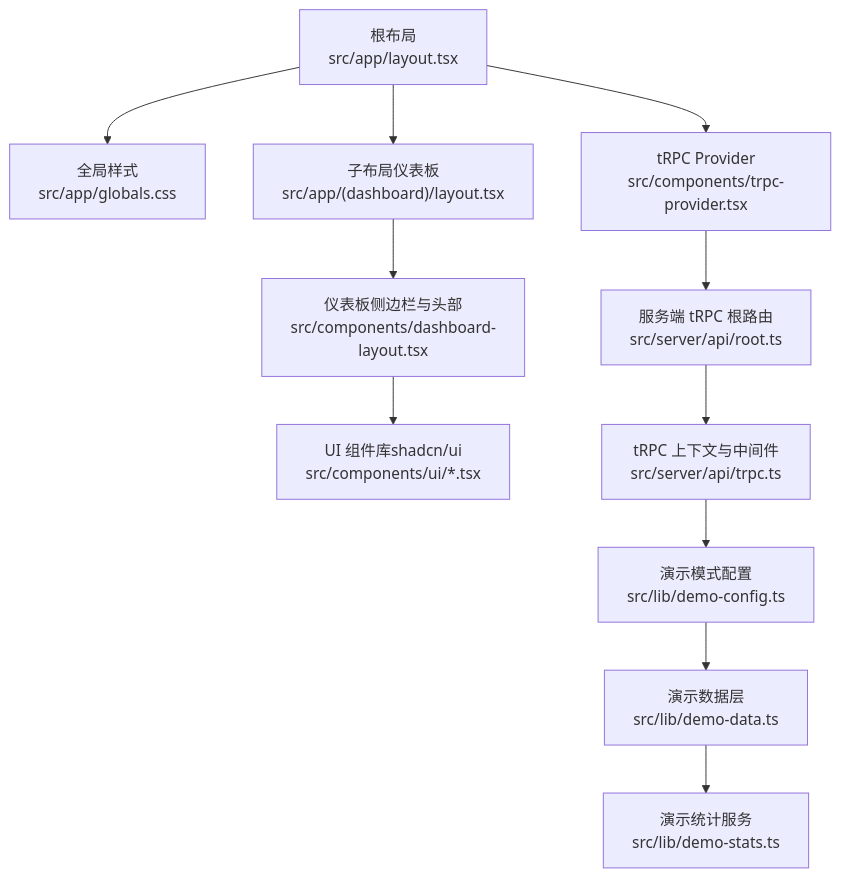
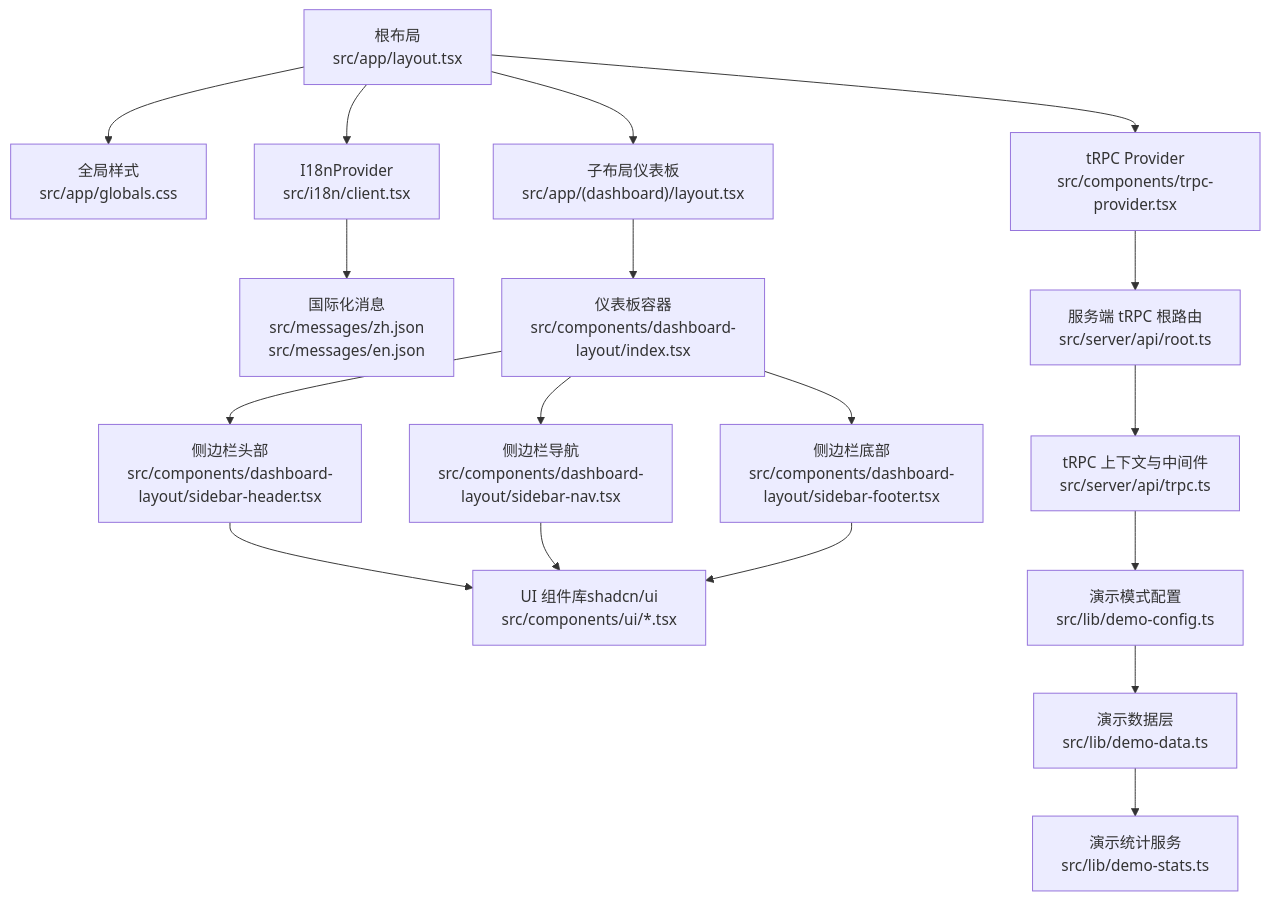
Before and after one commit to RadiumAg/AIGate: the first of 12 diagrams in .qoder/repowiki/zh/content/架构设计/前端架构.md, drawn with Mermaid. The commit also changed other lines of this file and 10 other files, not shown here.

````diff
--- a/.qoder/repowiki/zh/content/架构设计/前端架构.md
+++ b/.qoder/repowiki/zh/content/架构设计/前端架构.md
@@ -62,13 +71,20 @@
 ```mermaid
 graph TB
 A["根布局<br/>src/app/layout.tsx"] --> B["全局样式<br/>src/app/globals.css"]
-A --> C["tRPC Provider<br/>src/components/trpc-provider.tsx"]
-A --> D["子布局仪表板<br/>src/app/(dashboard)/layout.tsx"]
-D --> E["仪表板侧边栏与头部<br/>src/components/dashboard-layout.tsx"]
-E --> F["UI 组件库shadcn/ui<br/>src/components/ui/*.tsx"]
-C --> G["服务端 tRPC 根路由<br/>src/server/api/root.ts"]
-G --> H["tRPC 上下文与中间件<br/>src/server/api/trpc.ts"]
-H --> I["演示模式配置<br/>src/lib/demo-config.ts"]
-I --> J["演示数据层<br/>src/lib/demo-data.ts"]
-J --> K["演示统计服务<br/>src/lib/demo-stats.ts"]
+A --> C["I18nProvider<br/>src/i18n/client.tsx"]
+A --> D["tRPC Provider<br/>src/components/trpc-provider.tsx"]
+A --> E["子布局仪表板<br/>src/app/(dashboard)/layout.tsx"]
+C --> F["国际化消息<br/>src/messages/zh.json<br/>src/messages/en.json"]
+E --> G["仪表板容器<br/>src/components/dashboard-layout/index.tsx"]
+G --> H["侧边栏头部<br/>src/components/dashboard-layout/sidebar-header.tsx"]
+G --> I["侧边栏导航<br/>src/components/dashboard-layout/sidebar-nav.tsx"]
+G --> J["侧边栏底部<br/>src/components/dashboard-layout/sidebar-footer.tsx"]
+H --> K["UI 组件库shadcn/ui<br/>src/components/ui/*.tsx"]
+I --> K
+J --> K
+D --> L["服务端 tRPC 根路由<br/>src/server/api/root.ts"]
+L --> M["tRPC 上下文与中间件<br/>src/server/api/trpc.ts"]
+M --> N["演示模式配置<br/>src/lib/demo-config.ts"]
+N --> O["演示数据层<br/>src/lib/demo-data.ts"]
+O --> P["演示统计服务<br/>src/lib/demo-stats.ts"]
 ```
````
